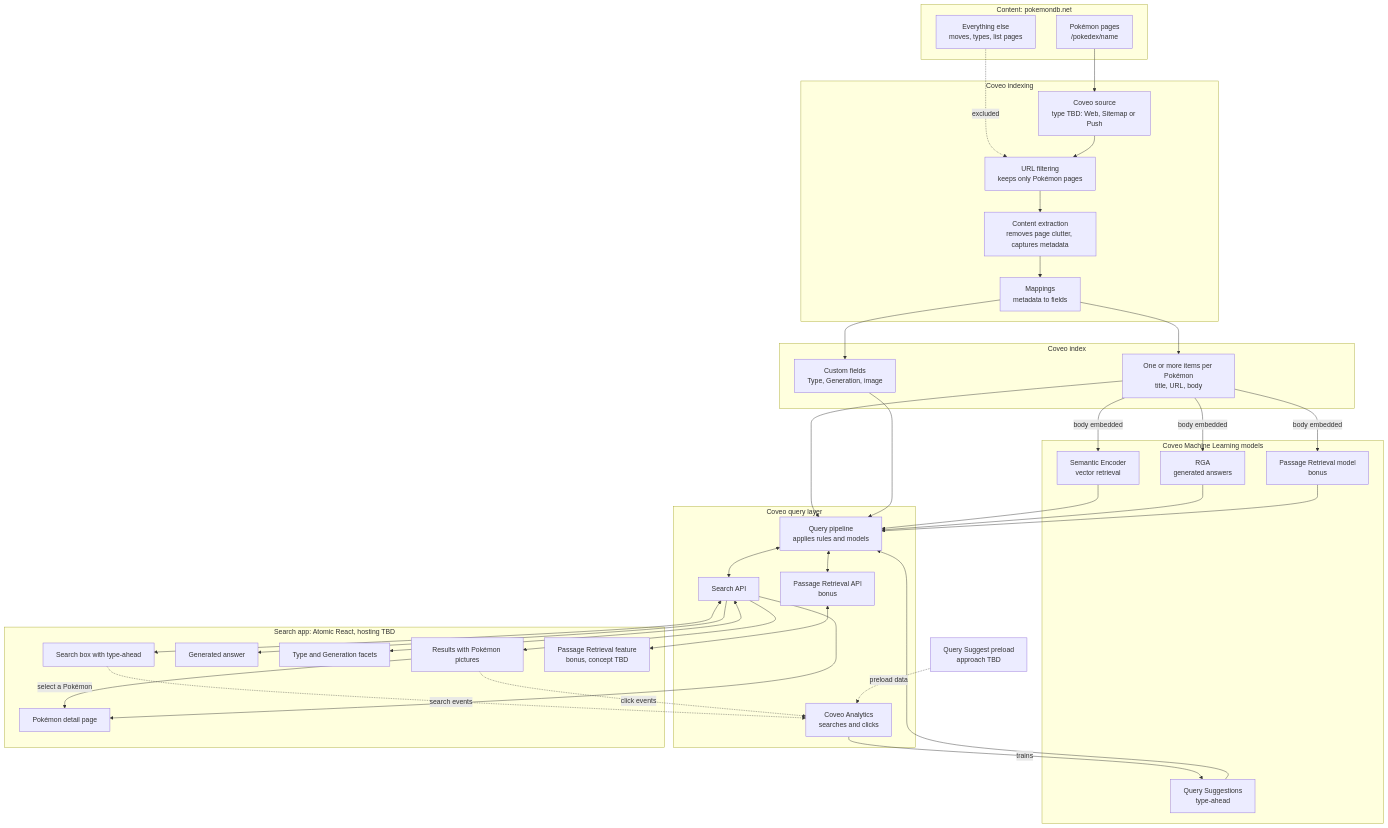
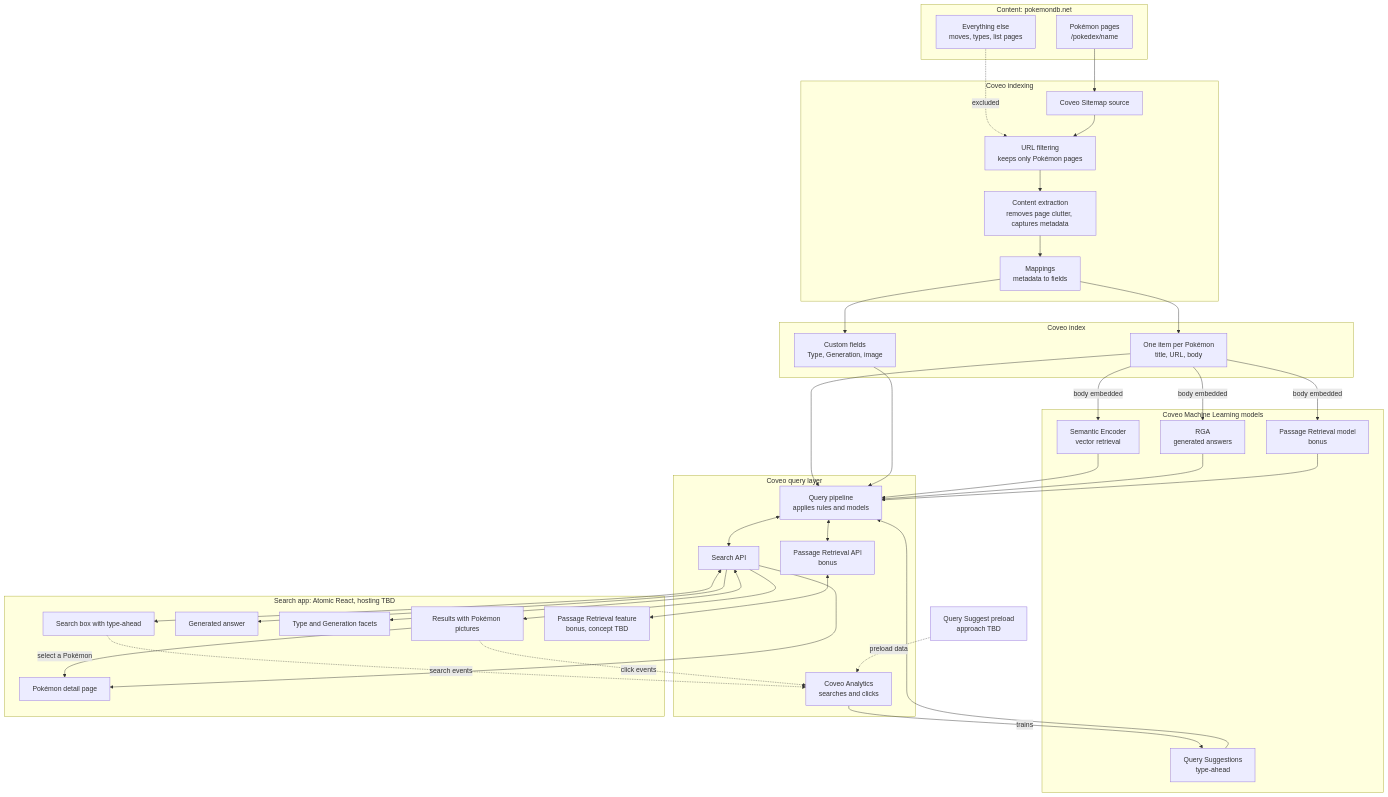
One commit to ksek87/pokebowl-cove changed the diagram in docs/architecture.md. Above: the diagram before and after it, drawn with Mermaid. The commit also changed other lines of this file and 5 other files, not shown here.

Commit message:
Record indexing decisions and Coveo test source configuration

````diff
--- a/docs/architecture.md
+++ b/docs/architecture.md
@@ -7,79 +7,79 @@
 ```mermaid
 flowchart TD
     subgraph CONTENT["Content: pokemondb.net"]
         PAGES["Pokémon pages<br/>/pokedex/name"]
         OTHER["Everything else<br/>moves, types, list pages"]
     end
 
     subgraph INGEST["Coveo indexing"]
-        SOURCE["Coveo source<br/>type TBD: Web, Sitemap or Push"]
+        SOURCE["Coveo Sitemap source"]
         FILTERS["URL filtering<br/>keeps only Pokémon pages"]
         SCRAPE["Content extraction<br/>removes page clutter, captures metadata"]
         MAP["Mappings<br/>metadata to fields"]
     end
 
     subgraph INDEX["Coveo index"]
-        ITEMS["One or more items per Pokémon<br/>title, URL, body"]
+        ITEMS["One item per Pokémon<br/>title, URL, body"]
         FIELDS["Custom fields<br/>Type, Generation, image"]
     end
 
     subgraph ML["Coveo Machine Learning models"]
         SE["Semantic Encoder<br/>vector retrieval"]
         RGA["RGA<br/>generated answers"]
         QS["Query Suggestions<br/>type-ahead"]
         CPR["Passage Retrieval model<br/>bonus"]
     end
 
     subgraph QUERY["Coveo query layer"]
         PIPELINE["Query pipeline<br/>applies rules and models"]
         SEARCHAPI["Search API"]
         PRAPI["Passage Retrieval API<br/>bonus"]
         ANALYTICS["Coveo Analytics<br/>searches and clicks"]
     end
 
     subgraph APP["Search app: Atomic React, hosting TBD"]
         BOX["Search box with type-ahead"]
         ANSWER["Generated answer"]
         FACETS["Type and Generation facets"]
         RESULTS["Results with Pokémon pictures"]
         DETAIL["Pokémon detail page"]
         BONUS["Passage Retrieval feature<br/>bonus, concept TBD"]
     end
 
     SEED["Query Suggest preload<br/>approach TBD"]
 
     PAGES --> SOURCE
     OTHER -. "excluded" .-> FILTERS
     SOURCE --> FILTERS
     FILTERS --> SCRAPE
     SCRAPE --> MAP
     MAP --> ITEMS
     MAP --> FIELDS
 
     ITEMS -->|"body embedded"| SE
     ITEMS -->|"body embedded"| RGA
     ITEMS -->|"body embedded"| CPR
 
     SE --> PIPELINE
     RGA --> PIPELINE
     QS --> PIPELINE
     CPR --> PIPELINE
 
     ITEMS --> PIPELINE
     FIELDS --> PIPELINE
     PIPELINE <--> SEARCHAPI
     PIPELINE <--> PRAPI
 
     SEARCHAPI <--> BOX
     SEARCHAPI --> ANSWER
     SEARCHAPI <--> FACETS
     SEARCHAPI --> RESULTS
     SEARCHAPI --> DETAIL
     RESULTS -->|"select a Pokémon"| DETAIL
     PRAPI <--> BONUS
 
     BOX -. "search events" .-> ANALYTICS
     RESULTS -. "click events" .-> ANALYTICS
     SEED -. "preload data" .-> ANALYTICS
     ANALYTICS -->|"trains"| QS
 ```
````
